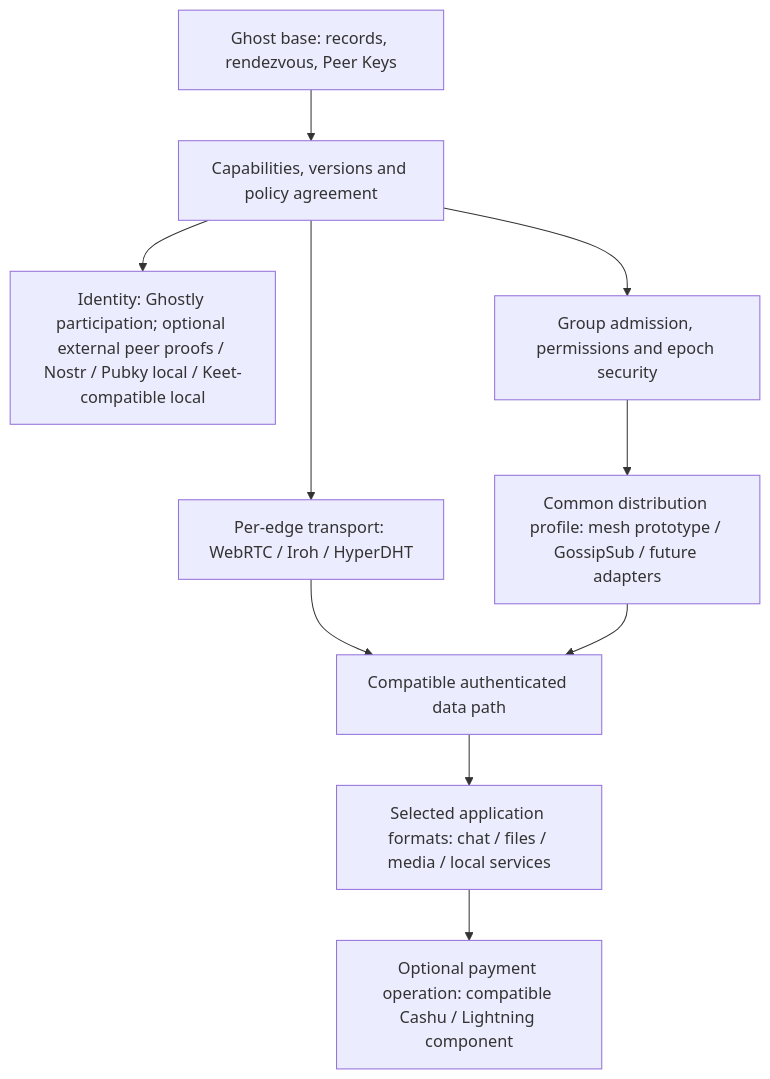
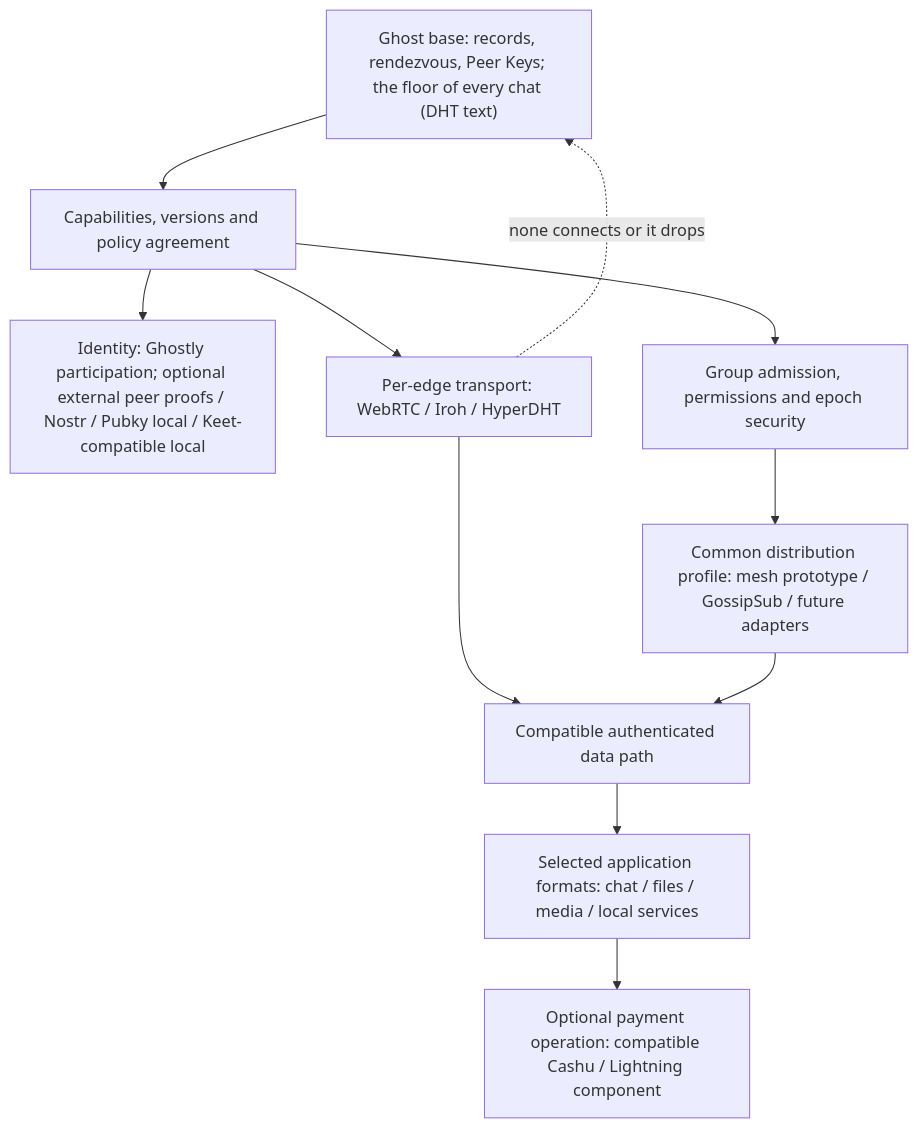
The diagram in docs/wisps/MAP.md (MiguelMedeiros/ghostly), drawn with Mermaid before and after one commit. The commit also changed other lines of this file and 23 other files, not shown here.

First line of the commit message:
docs(wisps): one chat, one invite: DHT rendezvous, peer-to-peer upgrade, DHT fallback (#205)

````diff
--- a/docs/wisps/MAP.md
+++ b/docs/wisps/MAP.md
@@ -12,14 +12,15 @@
 ```mermaid
 flowchart TB
-    Base["Ghost base: records, rendezvous, Peer Keys"]
+    Base["Ghost base: records, rendezvous, Peer Keys; the floor of every chat (DHT text)"]
     Agree["Capabilities, versions and policy agreement"]
     Base --> Agree
     Agree --> Proof["Identity: Ghostly participation; optional external peer proofs / Nostr / Pubky local / Keet-compatible local"]
     Agree --> Edge["Per-edge transport: WebRTC / Iroh / HyperDHT"]
     Agree --> Rules["Group admission, permissions and epoch security"]
     Rules --> Overlay["Common distribution profile: mesh prototype / GossipSub / future adapters"]
     Edge --> Path["Compatible authenticated data path"]
+    Edge -. none connects or it drops .-> Base
     Overlay --> Path
     Path --> Apps["Selected application formats: chat / files / media / local services"]
     Apps --> Pay["Optional payment operation: compatible Cashu / Lightning component"]
 ```
````
